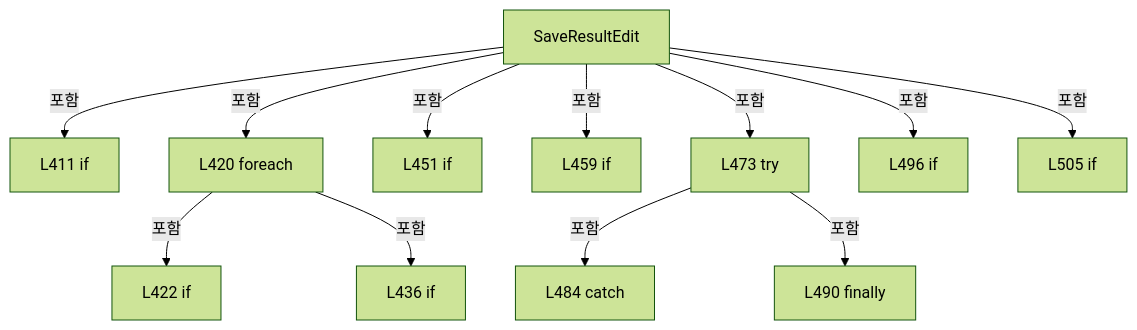
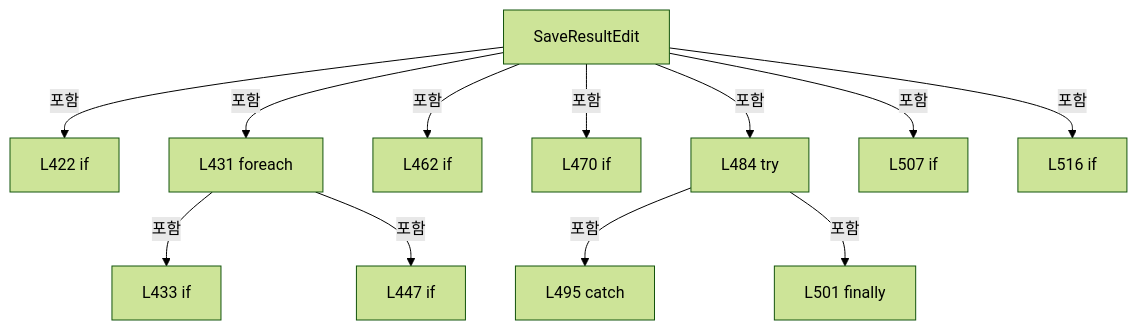
Before and after one commit to kjuws10-rgb/Shared: diagram 17 of 24 in A3 LD Code Ref/files/Drilling.UI/Menu/Menus/CMenuCorrection.ReviewData.Edit.cs.md, drawn with Mermaid (forest theme). The commit also changed other lines of this file and 2071 other files, not shown here.

Commit message:
docs(a3): update 11.19.0 architecture and code reference

````diff
--- a/A3 LD Code Ref/files/Drilling.UI/Menu/Menus/CMenuCorrection.ReviewData.Edit.cs.md
+++ b/A3 LD Code Ref/files/Drilling.UI/Menu/Menus/CMenuCorrection.ReviewData.Edit.cs.md
@@ -3050,26 +3146,26 @@
 ```mermaid
 flowchart TD
  M["SaveResultEdit"]
- N0["L411 if"]
+ N0["L422 if"]
  M -->|포함| N0
- N1["L420 foreach"]
+ N1["L431 foreach"]
  M -->|포함| N1
- N2["L422 if"]
+ N2["L433 if"]
  N1 -->|포함| N2
- N3["L436 if"]
+ N3["L447 if"]
  N1 -->|포함| N3
- N4["L451 if"]
+ N4["L462 if"]
  M -->|포함| N4
- N5["L459 if"]
+ N5["L470 if"]
  M -->|포함| N5
- N6["L473 try"]
+ N6["L484 try"]
  M -->|포함| N6
- N7["L484 catch"]
+ N7["L495 catch"]
  N6 -->|포함| N7
- N8["L490 finally"]
+ N8["L501 finally"]
  N6 -->|포함| N8
- N9["L496 if"]
+ N9["L507 if"]
  M -->|포함| N9
- N10["L505 if"]
+ N10["L516 if"]
  M -->|포함| N10
 ```
````
